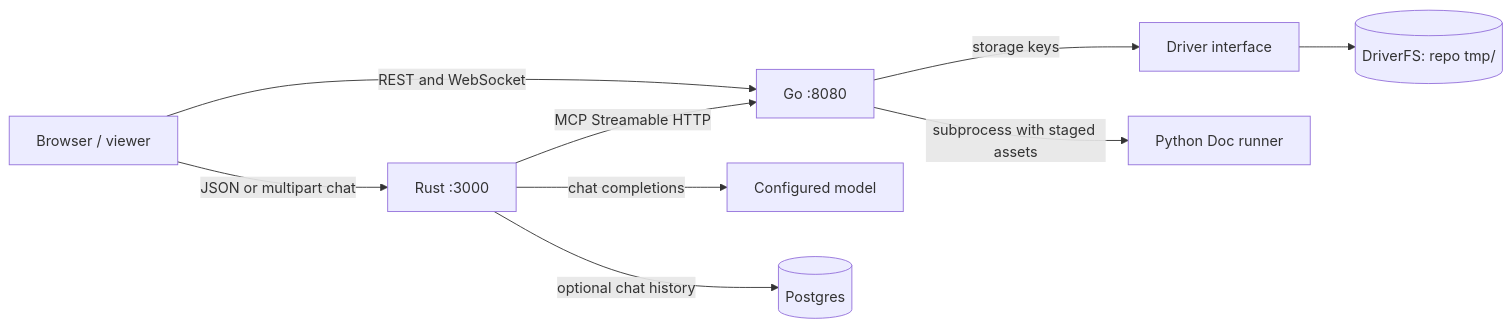
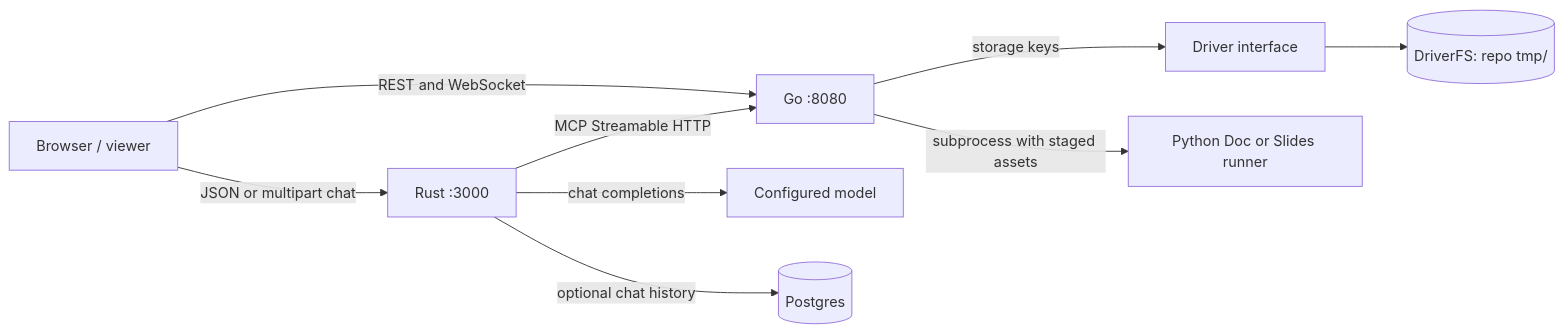
The diagram in docs/architecture.md (Beloin/PDFGeneratorBack), drawn with Mermaid before and after one commit. The commit also changed other lines of this file and 27 other files, not shown here.

````diff
--- a/docs/architecture.md
+++ b/docs/architecture.md
@@ -5,11 +5,11 @@
 ```mermaid
 flowchart LR
     Browser[Browser / viewer] -->|REST and WebSocket| Go[Go :8080]
     Browser -->|JSON or multipart chat| Rust[Rust :3000]
     Rust -->|MCP Streamable HTTP| Go
     Rust -->|chat completions| LLM[Configured model]
     Rust -->|optional chat history| DB[(Postgres)]
     Go -->|storage keys| Driver[Driver interface]
     Driver --> FS[(DriverFS: repo tmp/)]
-    Go -->|subprocess with staged assets| Python[Python Doc runner]
+    Go -->|subprocess with staged assets| Python[Python Doc or Slides runner]
 ```
````
